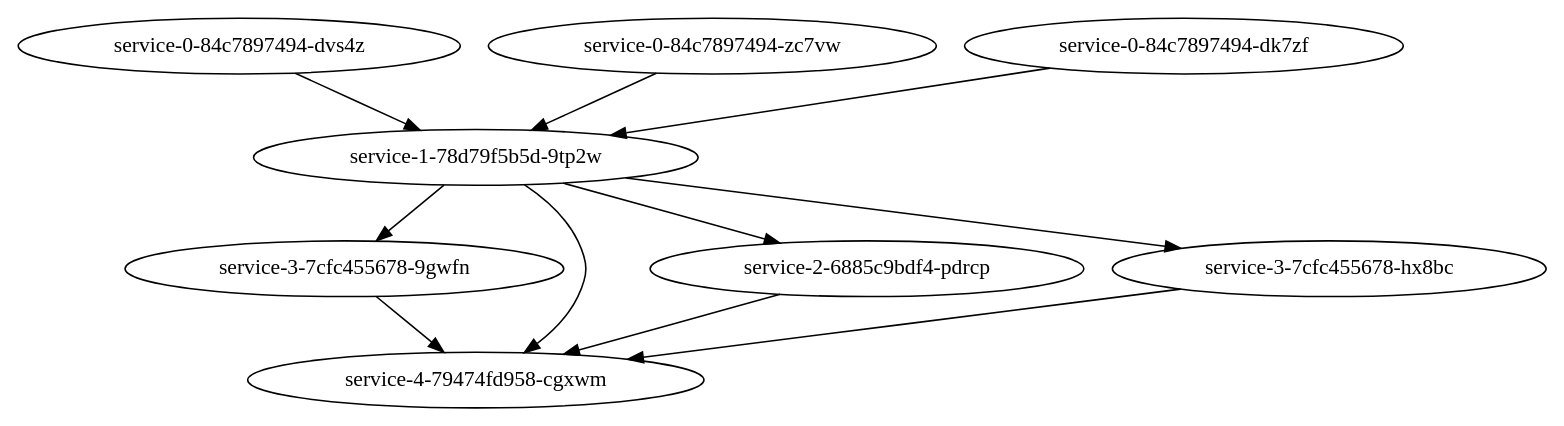
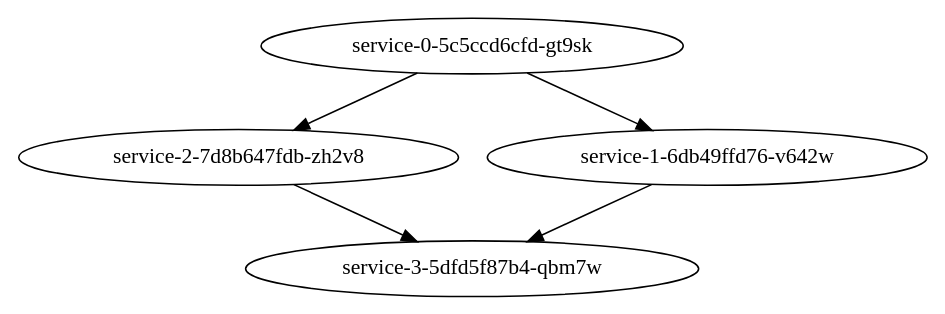
The diagram in ktmodel/topology.dot (hfscheid/ktopology), drawn with Graphviz before and after one commit. The commit also changed 11 other files, not shown here.

```diff
--- a/ktmodel/topology.dot
+++ b/ktmodel/topology.dot
@@ -1,40 +1,20 @@
 strict digraph {
 
 
-	"service-1-78d79f5b5d-9tp2w" [ cpu_usage="49.29", mem_usage="21.14", num_rejected="5435", queue_size="9", queue_use="0",  weight=0 ];
+	"service-3-5dfd5f87b4-qbm7w" [ num_rejected="0", queue_size="5", queue_use="1",  weight=0 ];
 
-	"service-1-78d79f5b5d-9tp2w" -> "service-3-7cfc455678-9gwfn" [  weight=0 ];
+	"service-0-5c5ccd6cfd-gt9sk" [ num_rejected="2", queue_size="7", queue_use="7",  weight=0 ];
 
-	"service-1-78d79f5b5d-9tp2w" -> "service-4-79474fd958-cgxwm" [  weight=0 ];
+	"service-0-5c5ccd6cfd-gt9sk" -> "service-2-7d8b647fdb-zh2v8" [  weight=0 ];
 
-	"service-1-78d79f5b5d-9tp2w" -> "service-2-6885c9bdf4-pdrcp" [  weight=0 ];
+	"service-0-5c5ccd6cfd-gt9sk" -> "service-1-6db49ffd76-v642w" [  weight=0 ];
 
-	"service-1-78d79f5b5d-9tp2w" -> "service-3-7cfc455678-hx8bc" [  weight=0 ];
+	"service-1-6db49ffd76-v642w" [ num_rejected="0", queue_size="6", queue_use="0",  weight=0 ];
 
-	"service-2-6885c9bdf4-pdrcp" [ cpu_usage="49.29", mem_usage="21.14", num_rejected="27", queue_size="0", queue_use="0",  weight=0 ];
+	"service-1-6db49ffd76-v642w" -> "service-3-5dfd5f87b4-qbm7w" [  weight=0 ];
 
-	"service-2-6885c9bdf4-pdrcp" -> "service-4-79474fd958-cgxwm" [  weight=0 ];
+	"service-2-7d8b647fdb-zh2v8" [ num_rejected="0", queue_size="11", queue_use="0",  weight=0 ];
 
-	"service-3-7cfc455678-hx8bc" [ cpu_usage="49.29", mem_usage="21.14", num_rejected="0", queue_size="0", queue_use="0",  weight=0 ];
-
-	"service-3-7cfc455678-hx8bc" -> "service-4-79474fd958-cgxwm" [  weight=0 ];
-
-	"service-0-84c7897494-dvs4z" [ cpu_usage="49.29", mem_usage="21.14", num_rejected="8", queue_size="7", queue_use="0",  weight=0 ];
-
-	"service-0-84c7897494-dvs4z" -> "service-1-78d79f5b5d-9tp2w" [  weight=0 ];
-
-	"service-0-84c7897494-zc7vw" [ cpu_usage="49.32", mem_usage="21.14", num_rejected="19", queue_size="7", queue_use="0",  weight=0 ];
-
-	"service-0-84c7897494-zc7vw" -> "service-1-78d79f5b5d-9tp2w" [  weight=0 ];
-
-	"service-0-84c7897494-dk7zf" [ cpu_usage="49.29", mem_usage="21.14", num_rejected="270", queue_size="7", queue_use="0",  weight=0 ];
-
-	"service-0-84c7897494-dk7zf" -> "service-1-78d79f5b5d-9tp2w" [  weight=0 ];
-
-	"service-4-79474fd958-cgxwm" [ cpu_usage="49.35", mem_usage="21.14", num_rejected="1032", queue_size="0", queue_use="0",  weight=0 ];
-
-	"service-3-7cfc455678-9gwfn" [ cpu_usage="49.29", mem_usage="21.14", num_rejected="0", queue_size="0", queue_use="0",  weight=0 ];
-
-	"service-3-7cfc455678-9gwfn" -> "service-4-79474fd958-cgxwm" [  weight=0 ];
+	"service-2-7d8b647fdb-zh2v8" -> "service-3-5dfd5f87b4-qbm7w" [  weight=0 ];
 
 }
```
